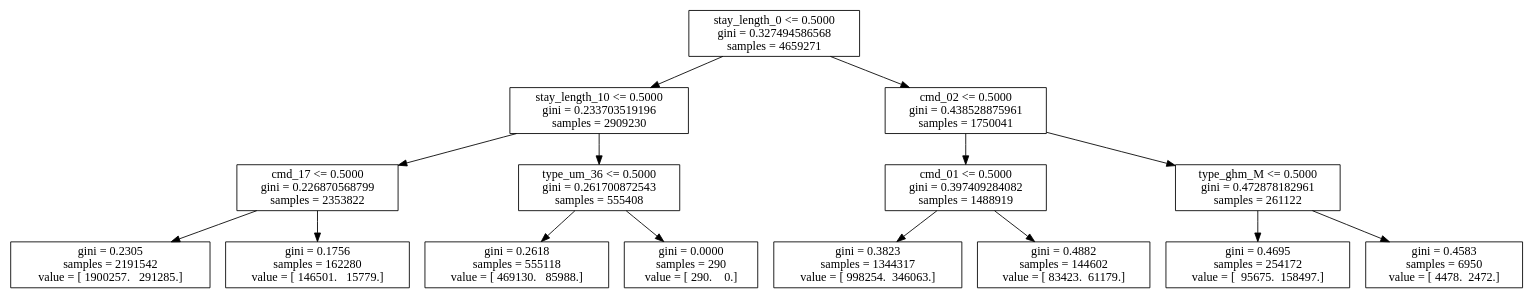
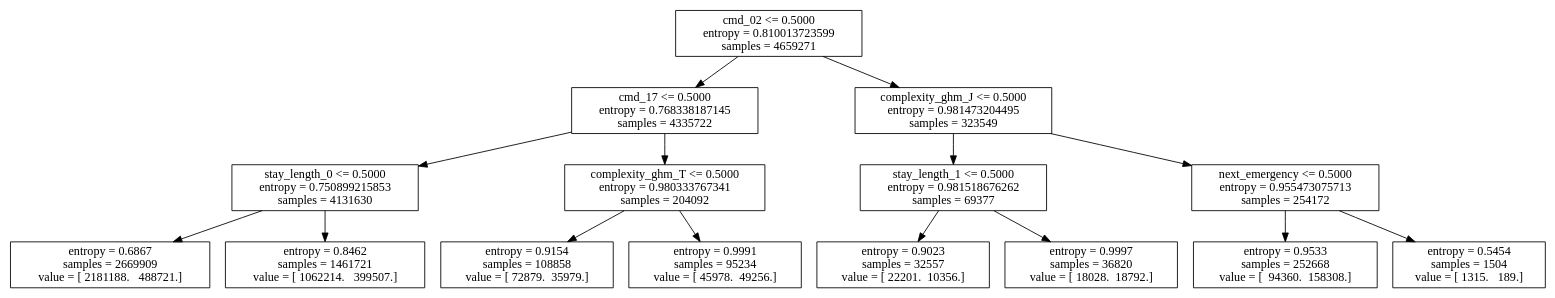
One commit to Banaei/ces-ds changed the diagram in projet_ds/results/dtc.dot. Above: the diagram before and after it, drawn with Graphviz. The commit also changed 12 other files, not shown here.

```diff
--- a/projet_ds/results/dtc.dot
+++ b/projet_ds/results/dtc.dot
@@ -1,31 +1,31 @@
 digraph Tree {
-0 [label="stay_length_0 <= 0.5000\ngini = 0.327494586568\nsamples = 4659271", shape="box"] ;
-1 [label="stay_length_10 <= 0.5000\ngini = 0.233703519196\nsamples = 2909230", shape="box"] ;
+0 [label="cmd_02 <= 0.5000\nentropy = 0.810013723599\nsamples = 4659271", shape="box"] ;
+1 [label="cmd_17 <= 0.5000\nentropy = 0.768338187145\nsamples = 4335722", shape="box"] ;
 0 -> 1 ;
-2 [label="cmd_17 <= 0.5000\ngini = 0.226870568799\nsamples = 2353822", shape="box"] ;
+2 [label="stay_length_0 <= 0.5000\nentropy = 0.750899215853\nsamples = 4131630", shape="box"] ;
 1 -> 2 ;
-3 [label="gini = 0.2305\nsamples = 2191542\nvalue = [ 1900257.   291285.]", shape="box"] ;
+3 [label="entropy = 0.6867\nsamples = 2669909\nvalue = [ 2181188.   488721.]", shape="box"] ;
 2 -> 3 ;
-4 [label="gini = 0.1756\nsamples = 162280\nvalue = [ 146501.   15779.]", shape="box"] ;
+4 [label="entropy = 0.8462\nsamples = 1461721\nvalue = [ 1062214.   399507.]", shape="box"] ;
 2 -> 4 ;
-5 [label="type_um_36 <= 0.5000\ngini = 0.261700872543\nsamples = 555408", shape="box"] ;
+5 [label="complexity_ghm_T <= 0.5000\nentropy = 0.980333767341\nsamples = 204092", shape="box"] ;
 1 -> 5 ;
-6 [label="gini = 0.2618\nsamples = 555118\nvalue = [ 469130.   85988.]", shape="box"] ;
+6 [label="entropy = 0.9154\nsamples = 108858\nvalue = [ 72879.  35979.]", shape="box"] ;
 5 -> 6 ;
-7 [label="gini = 0.0000\nsamples = 290\nvalue = [ 290.    0.]", shape="box"] ;
+7 [label="entropy = 0.9991\nsamples = 95234\nvalue = [ 45978.  49256.]", shape="box"] ;
 5 -> 7 ;
-8 [label="cmd_02 <= 0.5000\ngini = 0.438528875961\nsamples = 1750041", shape="box"] ;
+8 [label="complexity_ghm_J <= 0.5000\nentropy = 0.981473204495\nsamples = 323549", shape="box"] ;
 0 -> 8 ;
-9 [label="cmd_01 <= 0.5000\ngini = 0.397409284082\nsamples = 1488919", shape="box"] ;
+9 [label="stay_length_1 <= 0.5000\nentropy = 0.981518676262\nsamples = 69377", shape="box"] ;
 8 -> 9 ;
-10 [label="gini = 0.3823\nsamples = 1344317\nvalue = [ 998254.  346063.]", shape="box"] ;
+10 [label="entropy = 0.9023\nsamples = 32557\nvalue = [ 22201.  10356.]", shape="box"] ;
 9 -> 10 ;
-11 [label="gini = 0.4882\nsamples = 144602\nvalue = [ 83423.  61179.]", shape="box"] ;
+11 [label="entropy = 0.9997\nsamples = 36820\nvalue = [ 18028.  18792.]", shape="box"] ;
 9 -> 11 ;
-12 [label="type_ghm_M <= 0.5000\ngini = 0.472878182961\nsamples = 261122", shape="box"] ;
+12 [label="next_emergency <= 0.5000\nentropy = 0.955473075713\nsamples = 254172", shape="box"] ;
 8 -> 12 ;
-13 [label="gini = 0.4695\nsamples = 254172\nvalue = [  95675.  158497.]", shape="box"] ;
+13 [label="entropy = 0.9533\nsamples = 252668\nvalue = [  94360.  158308.]", shape="box"] ;
 12 -> 13 ;
-14 [label="gini = 0.4583\nsamples = 6950\nvalue = [ 4478.  2472.]", shape="box"] ;
+14 [label="entropy = 0.5454\nsamples = 1504\nvalue = [ 1315.   189.]", shape="box"] ;
 12 -> 14 ;
 }
```
